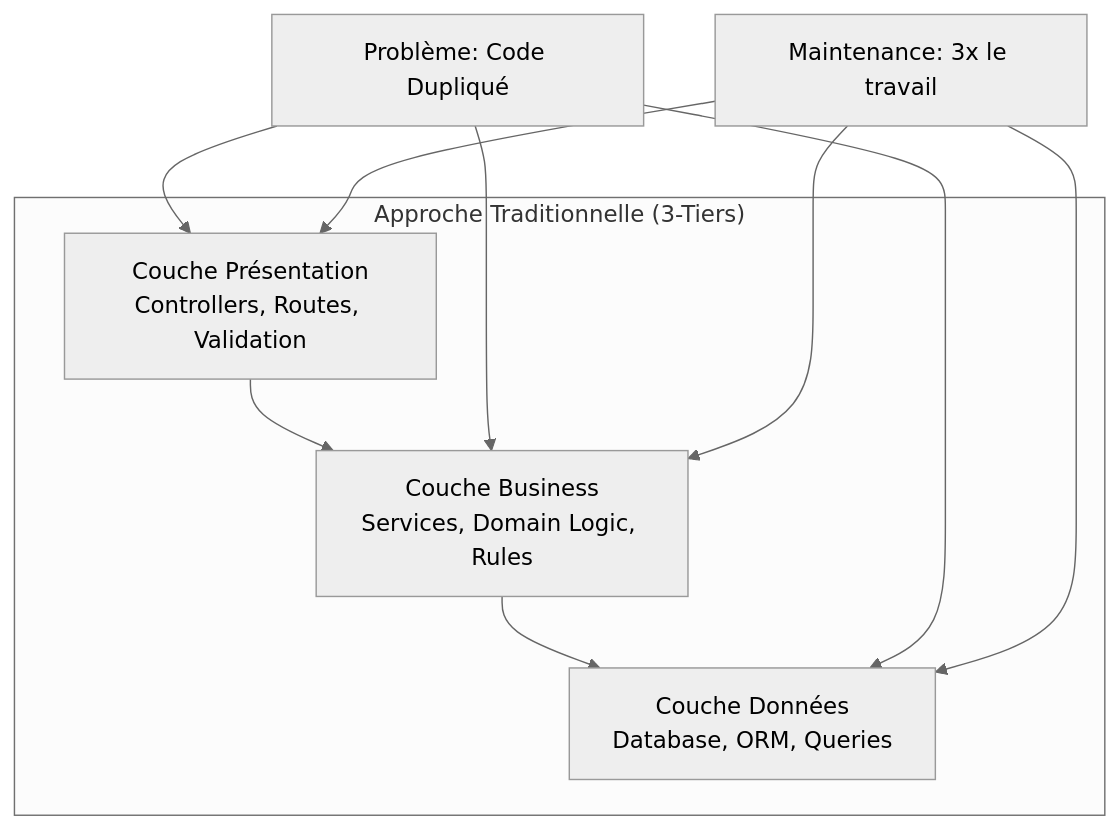
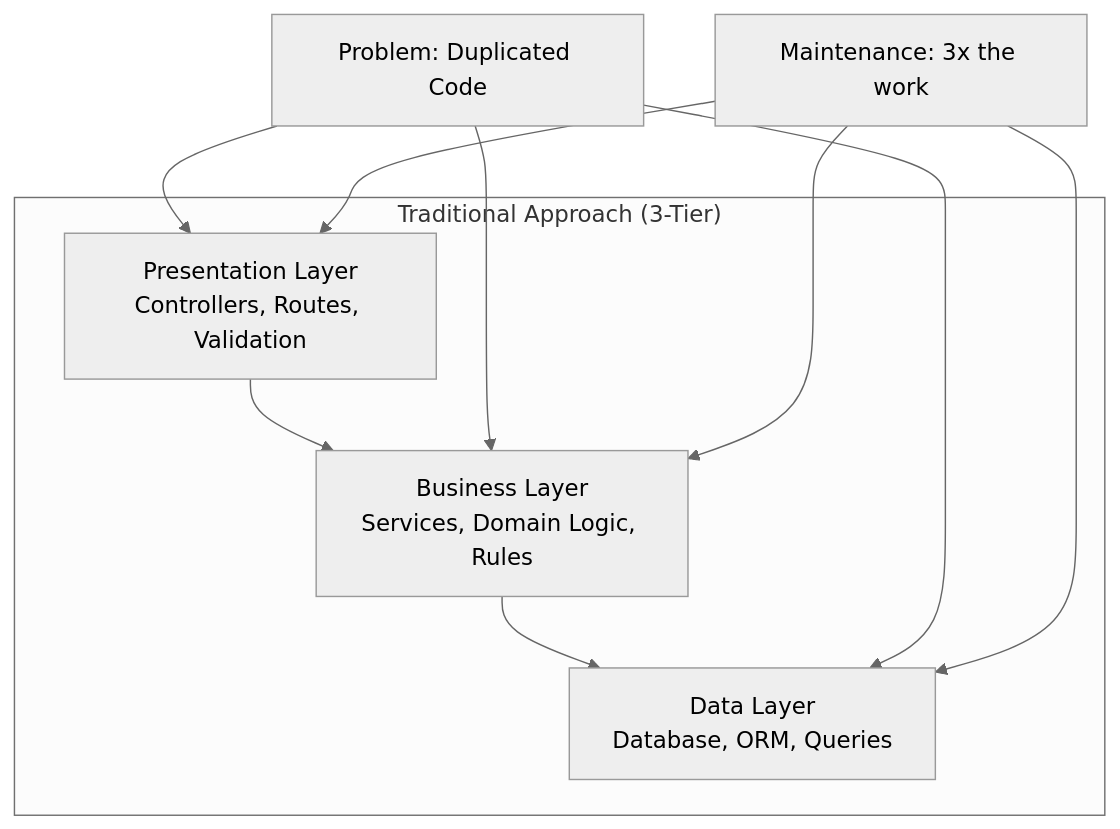
Before and after one commit to lithair/lithair: the first of 12 diagrams in docs/architecture/overview.md, drawn with Mermaid (neutral theme). The commit also changed other lines of this file and 37 other files, not shown here.

````diff
--- a/docs/architecture/overview.md
+++ b/docs/architecture/overview.md
@@ -9,19 +9,19 @@
 ```mermaid
 flowchart TD
-    subgraph "Approche Traditionnelle (3-Tiers)"
-        A[Couche Présentation<br/>Controllers, Routes, Validation]
-        B[Couche Business<br/>Services, Domain Logic, Rules]
-        C[Couche Données<br/>Database, ORM, Queries]
+    subgraph "Traditional Approach (3-Tier)"
+        A[Presentation Layer<br/>Controllers, Routes, Validation]
+        B[Business Layer<br/>Services, Domain Logic, Rules]
+        C[Data Layer<br/>Database, ORM, Queries]
     end
-    
+
     A --> B
     B --> C
-    
-    D[Problème: Code Dupliqué] --> A
+
+    D[Problem: Duplicated Code] --> A
     D --> B
     D --> C
-    
-    E[Maintenance: 3x le travail] --> A
+
+    E[Maintenance: 3x the work] --> A
     E --> B
     E --> C
 ```
````
